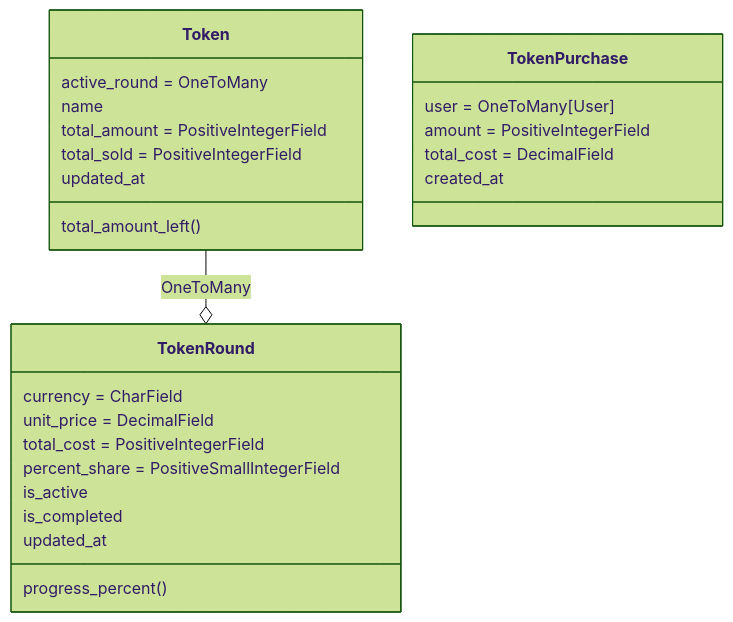
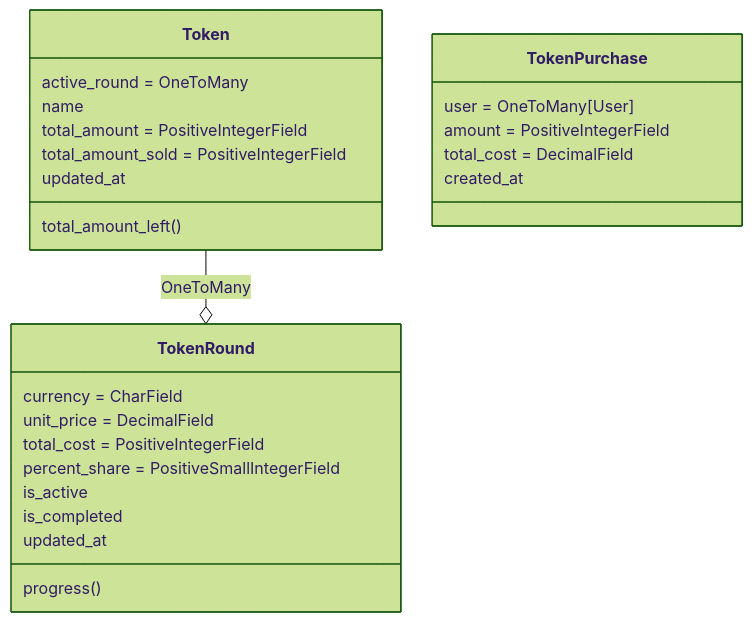
One commit to DmitryPi/market_django changed the second of 3 diagrams in README.md. Above: the diagram before and after it, drawn with Mermaid (forest theme). The commit also changed 3 other files, not shown here.

Commit message:
Rename field total_sold on Token to total_amount_sold;

````diff
--- a/README.md
+++ b/README.md
@@ -95,33 +95,33 @@
 ```mermaid
 
 classDiagram
 
     Token --o TokenRound : OneToMany
 
     class Token {
         active_round = OneToMany
         name
         total_amount = PositiveIntegerField
-        total_sold = PositiveIntegerField
+        total_amount_sold = PositiveIntegerField
         updated_at
         total_amount_left()
     }
 
     class TokenRound {
         currency = CharField
         unit_price = DecimalField
         total_cost = PositiveIntegerField
         percent_share = PositiveSmallIntegerField
         is_active
         is_completed
         updated_at
-        progress_percent()
+        progress()
     }
 
     class TokenPurchase {
         user = OneToMany[User]
         amount = PositiveIntegerField
         total_cost = DecimalField
         created_at
     }
 ```
````
